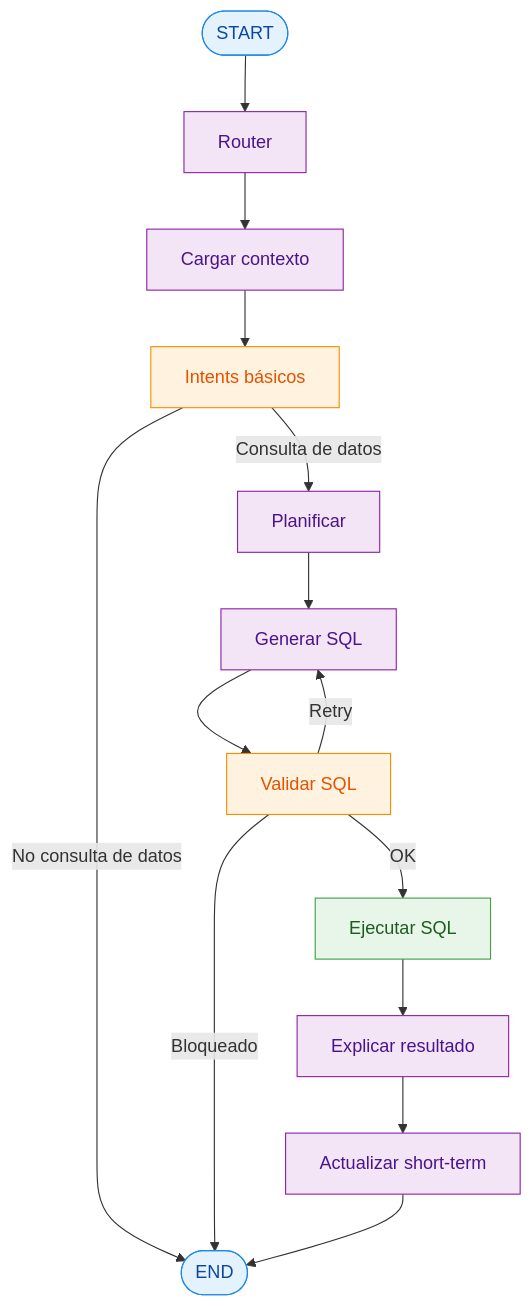
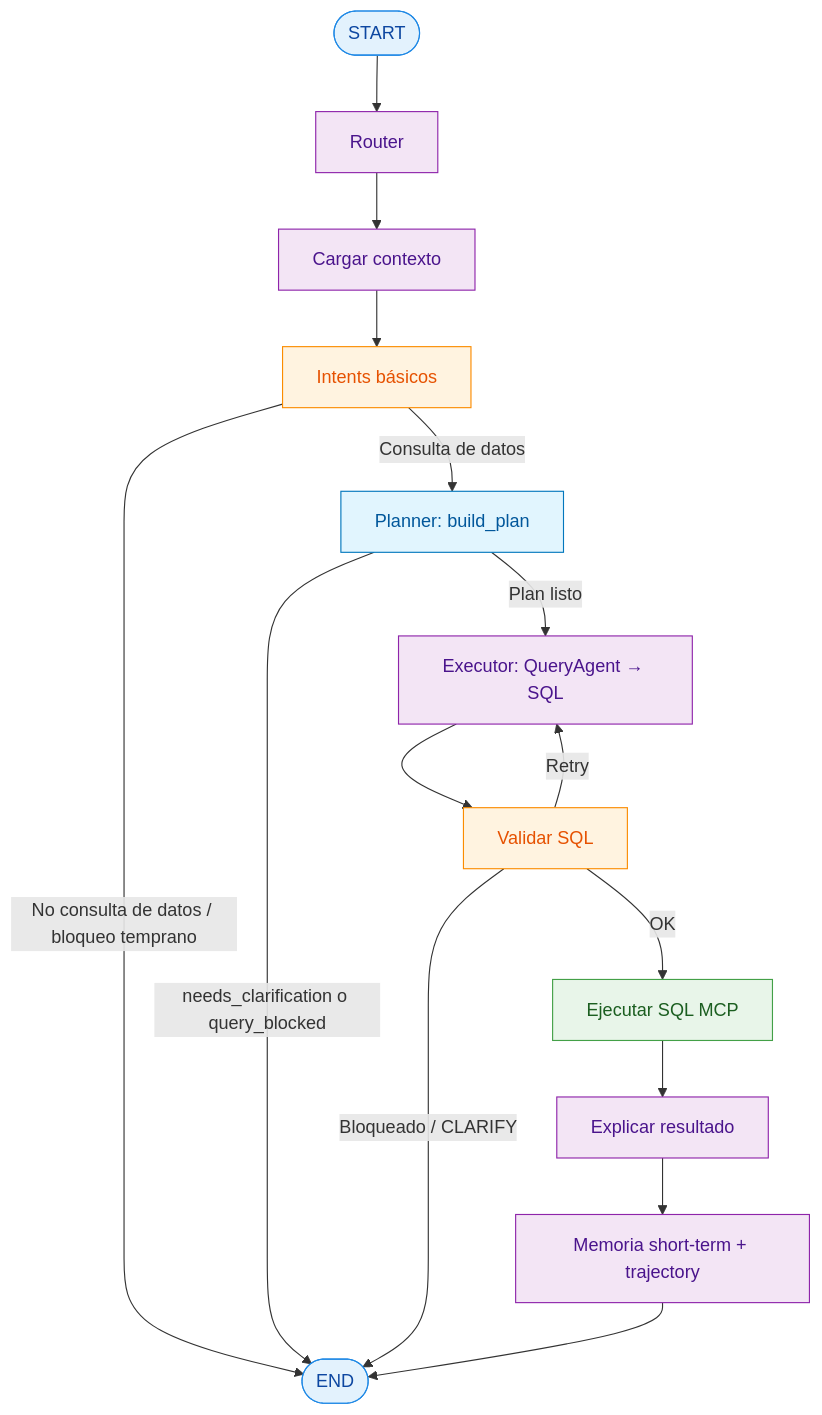
The diagram in docs/diagrams/query-graph.md (boullo2002/TP-multiagentes), drawn with Mermaid before and after one commit. The commit also changed other lines of this file and 5 other files, not shown here.

First line of the commit message:
Actualizar diagramas: flujos y contexto

````diff
--- a/docs/diagrams/query-graph.md
+++ b/docs/diagrams/query-graph.md
@@ -3,30 +5,34 @@
 ```mermaid
 flowchart TD
     A([START]) --> R[Router]
     R --> L[Cargar contexto]
     L --> I[Intents básicos]
 
-    I -->|No consulta de datos| Z([END])
-    I -->|Consulta de datos| P[Planificar]
+    I -->|No consulta de datos / bloqueo temprano| Z([END])
+    I -->|Consulta de datos| P[Planner: build_plan]
 
-    P --> S[Generar SQL]
+    P -->|needs_clarification o query_blocked| Z
+    P -->|Plan listo| S[Executor: QueryAgent → SQL]
+
     S --> V[Validar SQL]
 
     V -->|Retry| S
-    V -->|Bloqueado| Z
-    V -->|OK| E[Ejecutar SQL]
+    V -->|Bloqueado / CLARIFY| Z
+    V -->|OK| E[Ejecutar SQL MCP]
 
     E --> X[Explicar resultado]
-    X --> M[Actualizar short-term]
+    X --> M[Memoria short-term + trajectory]
     M --> Z
 
     classDef io fill:#E3F2FD,stroke:#1E88E5,color:#0D47A1,stroke-width:1px;
     classDef step fill:#F3E5F5,stroke:#8E24AA,color:#4A148C,stroke-width:1px;
     classDef decision fill:#FFF3E0,stroke:#FB8C00,color:#E65100,stroke-width:1px;
     classDef exec fill:#E8F5E9,stroke:#43A047,color:#1B5E20,stroke-width:1px;
+    classDef planner fill:#E1F5FE,stroke:#0277BD,color:#01579B,stroke-width:1px;
 
     class A,Z io;
-    class R,L,P,S,E,X,M step;
+    class R,L,S,E,X,M step;
     class I,V decision;
     class E exec;
+    class P planner;
 ```
````
